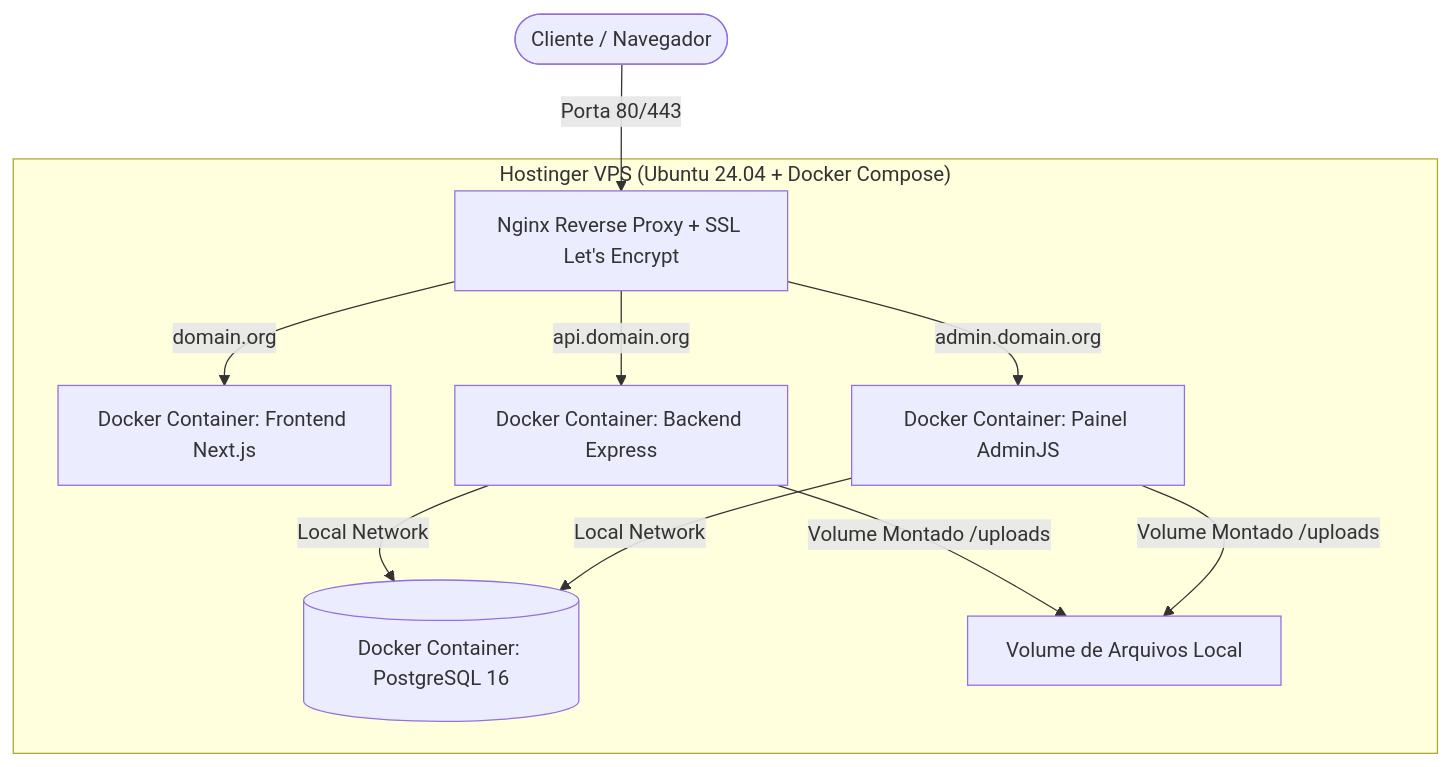
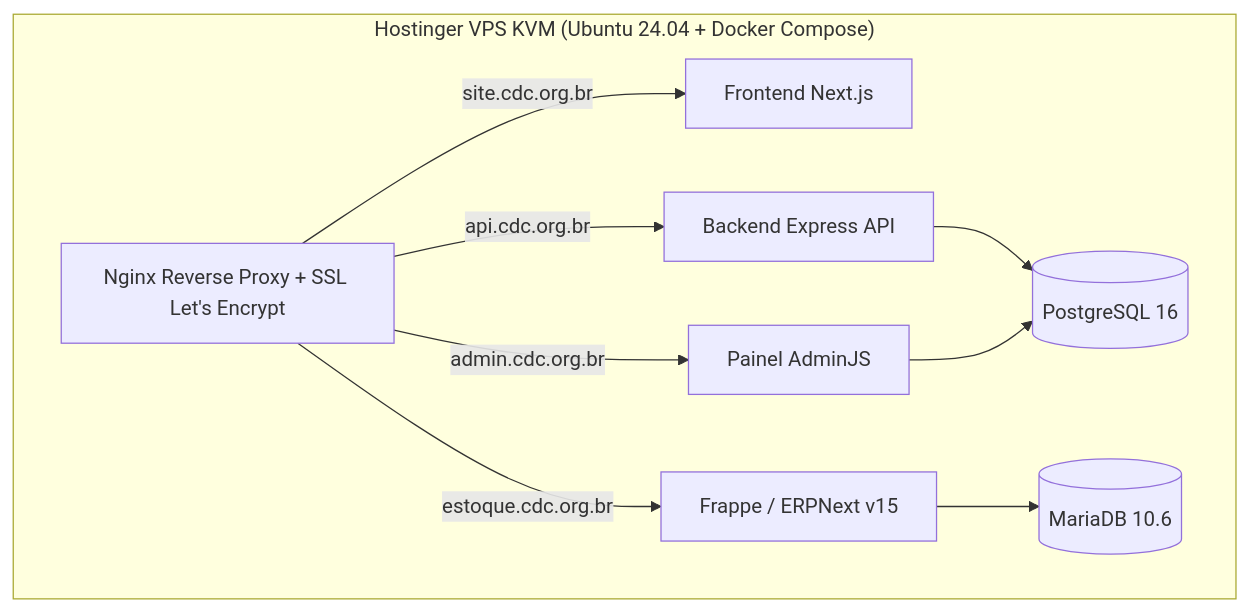
The second of 2 diagrams in docs/inquerito_migracao_gcp_hostinger.md (cdc-org-2025/site-cdc), drawn with Mermaid before and after one commit. The commit also changed other lines of this file, not shown here.

````diff
--- a/docs/inquerito_migracao_gcp_hostinger.md
+++ b/docs/inquerito_migracao_gcp_hostinger.md
@@ -57,16 +42,15 @@
 ```mermaid
 graph TD
-    Client([Cliente / Navegador]) -->|Porta 80/443| Nginx[Nginx Reverse Proxy + SSL Let's Encrypt]
-    
-    subgraph "Hostinger VPS (Ubuntu 24.04 + Docker Compose)"
-        Nginx -->|domain.org| FEContainer[Docker Container: Frontend Next.js]
-        Nginx -->|api.domain.org| BEContainer[Docker Container: Backend Express]
-        Nginx -->|admin.domain.org| AdminContainer[Docker Container: Painel AdminJS]
+    subgraph "Hostinger VPS KVM (Ubuntu 24.04 + Docker Compose)"
+        Nginx[Nginx Reverse Proxy + SSL Let's Encrypt]
         
-        BEContainer -->|Local Network| DBContainer[(Docker Container: PostgreSQL 16)]
-        AdminContainer -->|Local Network| DBContainer
+        Nginx -->|site.cdc.org.br| FEContainer[Frontend Next.js]
+        Nginx -->|api.cdc.org.br| BEContainer[Backend Express API]
+        Nginx -->|admin.cdc.org.br| AdminContainer[Painel AdminJS]
+        Nginx -->|estoque.cdc.org.br| ERPNextContainer[Frappe / ERPNext v15]
         
-        BEContainer -->|Volume Montado /uploads| SharedVolume[Volume de Arquivos Local]
-        AdminContainer -->|Volume Montado /uploads| SharedVolume
+        BEContainer --> PostgresDB[(PostgreSQL 16)]
+        AdminContainer --> PostgresDB
+        ERPNextContainer --> MariaDB[(MariaDB 10.6)]
     end
 ```
````
